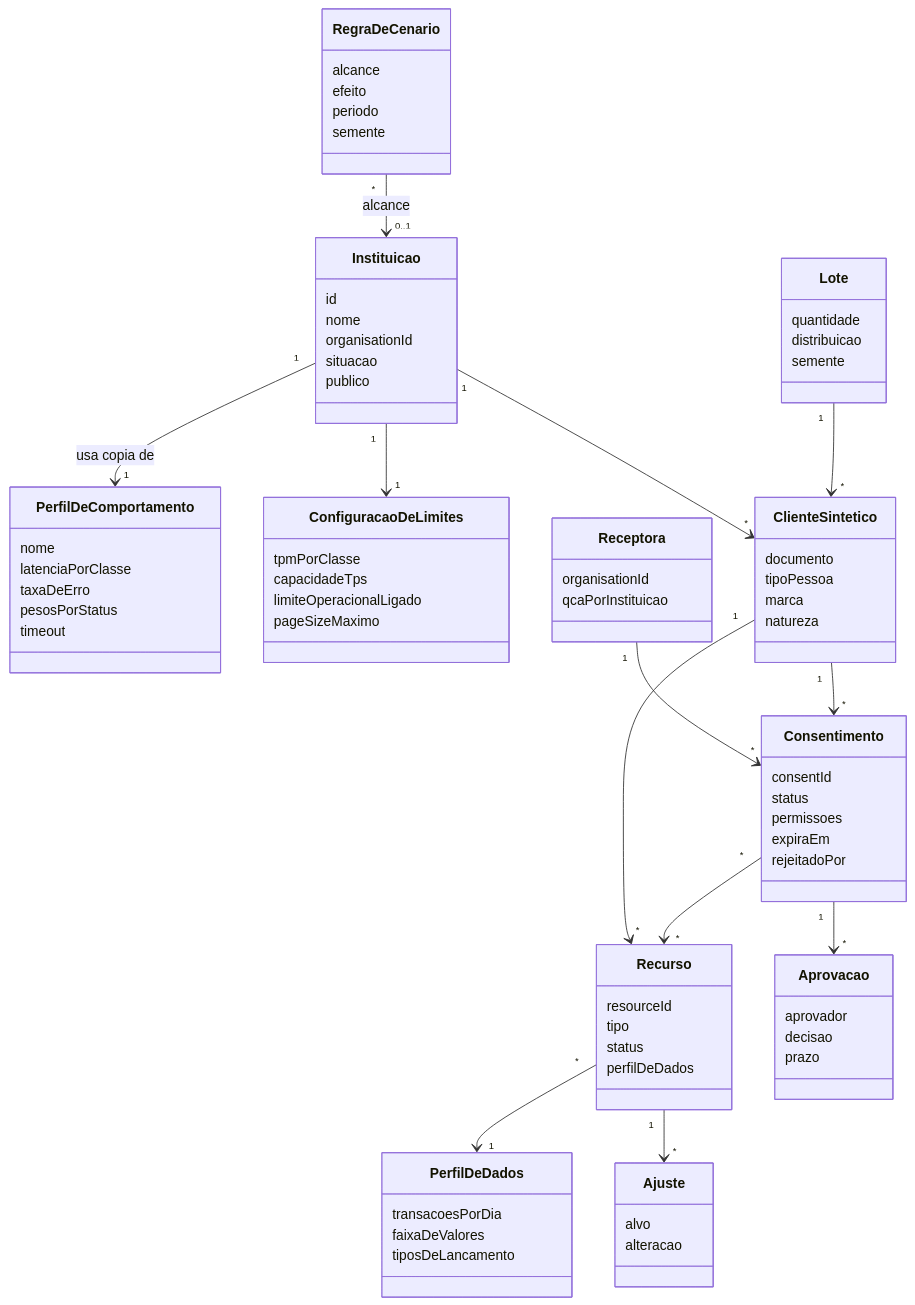
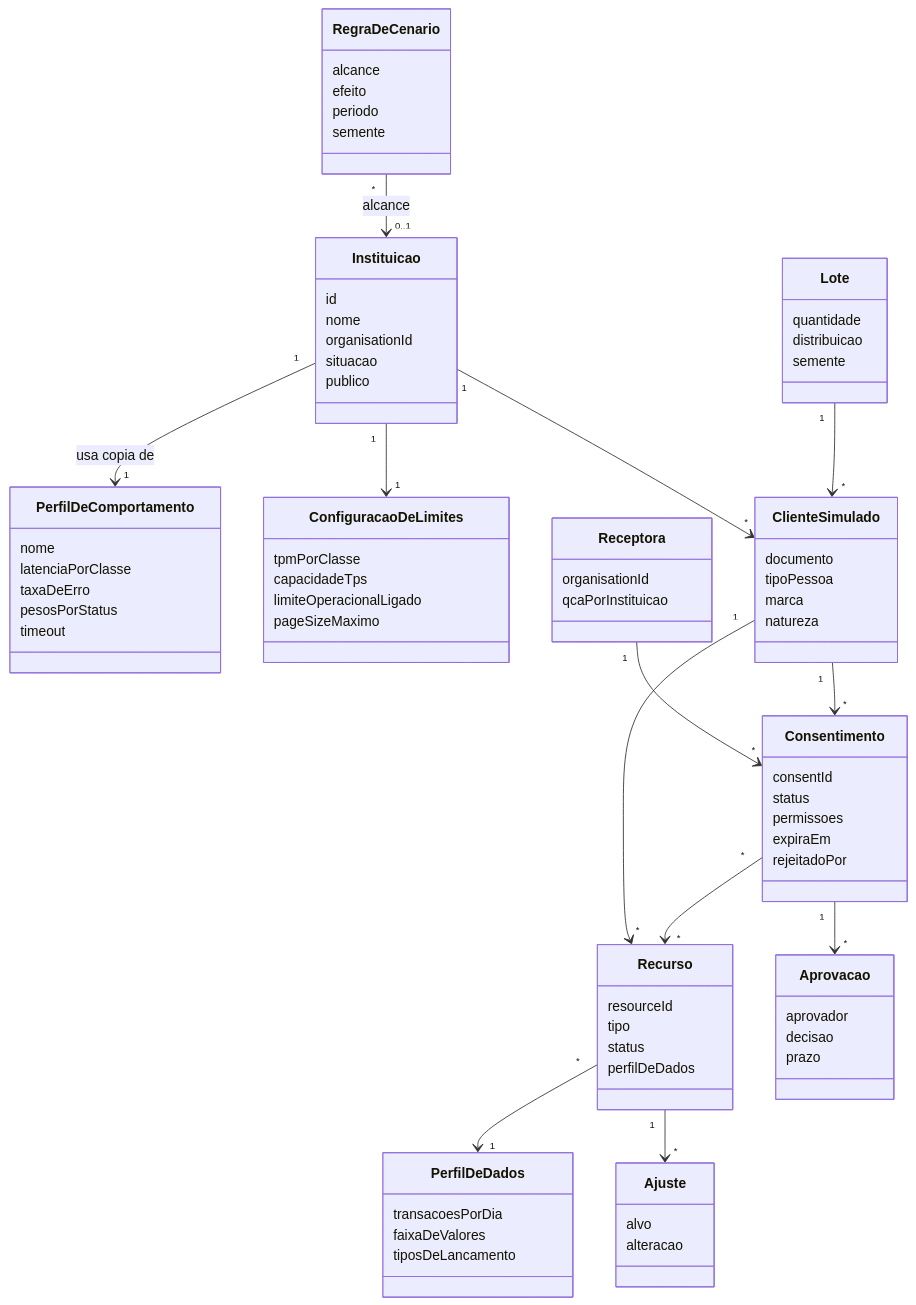
The first of 3 diagrams in docs/03-design/classes/modelo-de-dominio.md (marcelosotto/open-finance-simulator), drawn with Mermaid before and after one commit. The commit also changed 1 other file, not shown here.

Commit message:
Conclui a troca de nomenclatura no modelo de domínio
Claude-Session: https://claude.ai/code/session_019Vxt7bX1Wj5SABKNnhqzJ8

````diff
--- a/docs/03-design/classes/modelo-de-dominio.md
+++ b/docs/03-design/classes/modelo-de-dominio.md
@@ -28,7 +28,7 @@
     organisationId
     qcaPorInstituicao
   }
-  class ClienteSintetico {
+  class ClienteSimulado {
     documento
     tipoPessoa
     marca
@@ -75,14 +75,14 @@
 
   Instituicao "1" --> "1" PerfilDeComportamento : usa copia de
   Instituicao "1" --> "1" ConfiguracaoDeLimites
-  Instituicao "1" --> "*" ClienteSintetico
+  Instituicao "1" --> "*" ClienteSimulado
   Receptora "1" --> "*" Consentimento
-  ClienteSintetico "1" --> "*" Consentimento
-  ClienteSintetico "1" --> "*" Recurso
+  ClienteSimulado "1" --> "*" Consentimento
+  ClienteSimulado "1" --> "*" Recurso
   Consentimento "*" --> "*" Recurso
   Consentimento "1" --> "*" Aprovacao
   Recurso "*" --> "1" PerfilDeDados
   Recurso "1" --> "*" Ajuste
-  Lote "1" --> "*" ClienteSintetico
+  Lote "1" --> "*" ClienteSimulado
   RegraDeCenario "*" --> "0..1" Instituicao : alcance
 ```
````
